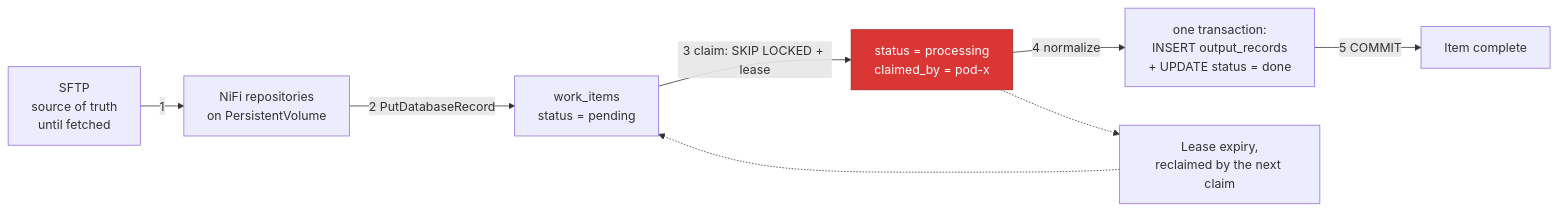
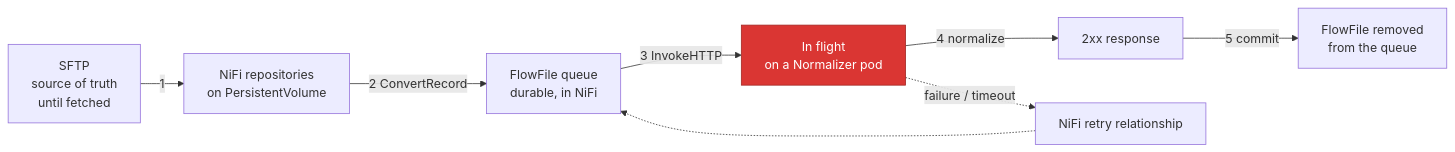
The second of 2 diagrams in docs/failure-scenarios.md (jensilin/KubeScaleSense), drawn with Mermaid before and after one commit. The commit also changed other lines of this file and 8 other files, not shown here.

Commit message:
docs: simplify KubeScaleSense architecture

````diff
--- a/docs/failure-scenarios.md
+++ b/docs/failure-scenarios.md
@@ -561,14 +590,14 @@
 ```mermaid
 flowchart LR
     S["SFTP<br/>source of truth<br/>until fetched"] -->|"1"| N["NiFi repositories<br/>on PersistentVolume"]
-    N -->|"2 PutDatabaseRecord"| Q["work_items<br/>status = pending"]
-    Q -->|"3 claim: SKIP LOCKED + lease"| I["status = processing<br/>claimed_by = pod-x"]
-    I -->|"4 normalize"| TX["one transaction:<br/>INSERT output_records<br/>+ UPDATE status = done"]
-    TX -->|"5 COMMIT"| DONE["Item complete"]
+    N -->|"2 ConvertRecord"| F["FlowFile queue<br/>durable, in NiFi"]
+    F -->|"3 InvokeHTTP"| I["In flight<br/>on a Normalizer pod"]
+    I -->|"4 normalize"| R["2xx response"]
+    R -->|"5 commit"| DONE["FlowFile removed<br/>from the queue"]
 
-    L["Lease expiry,<br/>reclaimed by the next claim"] -.-> Q
-    I -.-> L
+    I -.->|"failure / timeout"| RETRY["NiFi retry relationship"]
+    RETRY -.-> F
 
     classDef risk fill:#da3633,color:#fff,stroke:#a02622
     class I risk
 ```
````
